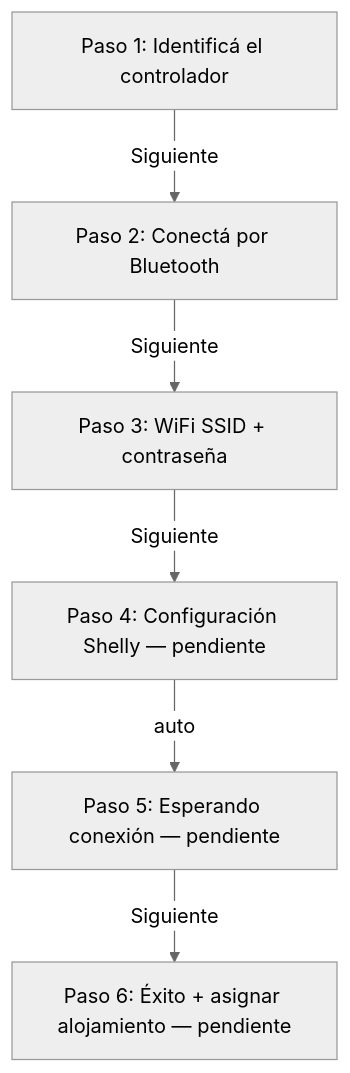
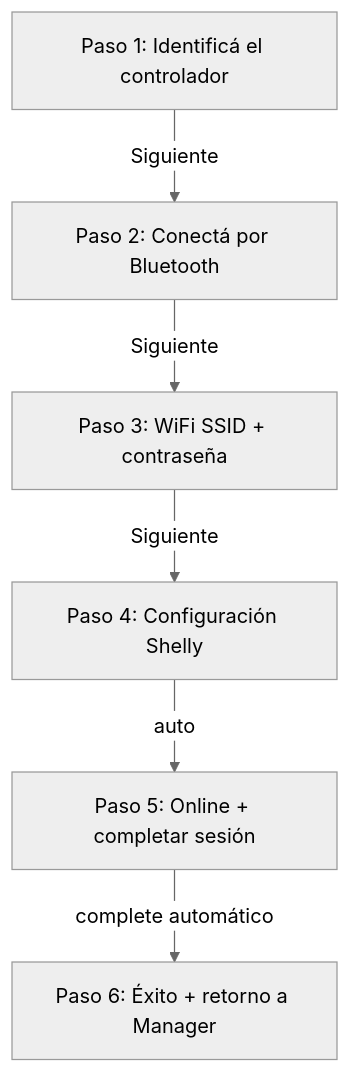
One commit to Maurix09/habitergy-link-android changed the diagram in AGENTS.md. Above: the diagram before and after it, drawn with Mermaid (neutral theme). The commit also changed other lines of this file and 19 other files, not shown here.

````diff
--- a/AGENTS.md
+++ b/AGENTS.md
@@ -140,15 +142,15 @@
 ```mermaid
 flowchart TD
   S1[Paso 1: Identificá el controlador]
   S2[Paso 2: Conectá por Bluetooth]
   S3[Paso 3: WiFi SSID + contraseña]
-  S4[Paso 4: Configuración Shelly — pendiente]
-  S5[Paso 5: Esperando conexión — pendiente]
-  S6[Paso 6: Éxito + asignar alojamiento — pendiente]
+  S4[Paso 4: Configuración Shelly]
+  S5[Paso 5: Online + completar sesión]
+  S6[Paso 6: Éxito + retorno a Manager]
 
   S1 -->|Siguiente| S2
   S2 -->|Siguiente| S3
   S3 -->|Siguiente| S4
   S4 -->|auto| S5
-  S5 -->|Siguiente| S6
+  S5 -->|complete automático| S6
 ```
````
